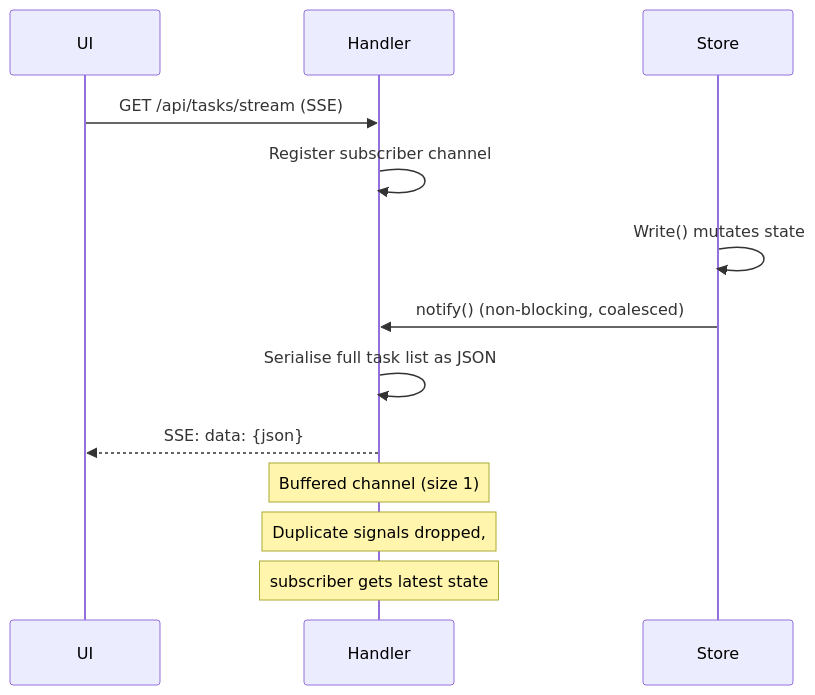
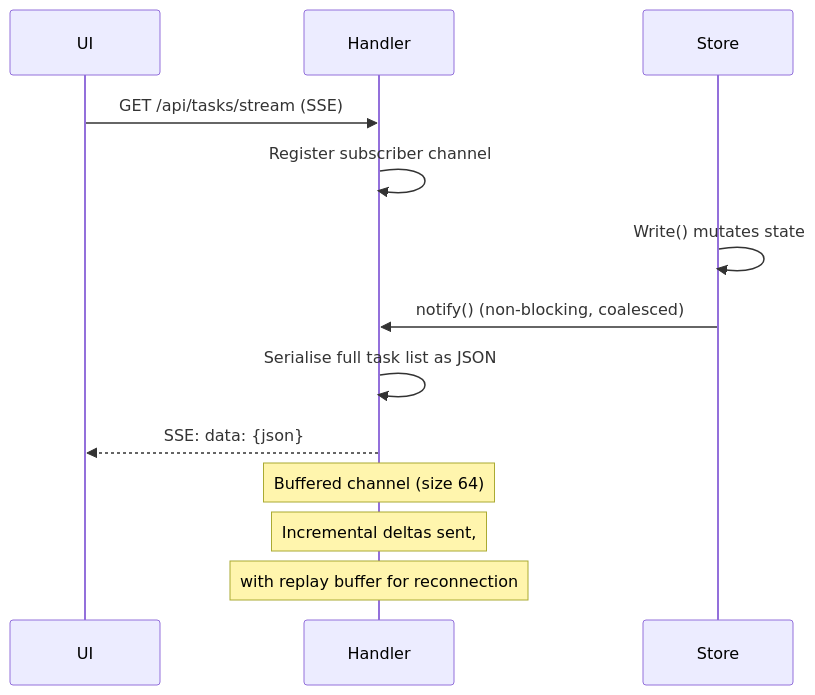
The first of 7 diagrams in docs/internals/orchestration.md (changkun/wallfacer), drawn with Mermaid before and after one commit. The commit also changed other lines of this file and 6 other files, not shown here.

````diff
--- a/docs/internals/orchestration.md
+++ b/docs/internals/orchestration.md
@@ -193,18 +192,18 @@
 ```mermaid
 sequenceDiagram
     participant UI
     participant Handler
     participant Store
 
     UI->>Handler: GET /api/tasks/stream (SSE)
     Handler->>Handler: Register subscriber channel
 
     Store->>Store: Write() mutates state
     Store->>Handler: notify() (non-blocking, coalesced)
     Handler->>Handler: Serialise full task list as JSON
     Handler-->>UI: SSE: data: {json}
 
-    Note over Handler: Buffered channel (size 1)
-    Note over Handler: Duplicate signals dropped,
-    Note over Handler: subscriber gets latest state
+    Note over Handler: Buffered channel (size 64)
+    Note over Handler: Incremental deltas sent,
+    Note over Handler: with replay buffer for reconnection
 ```
````
